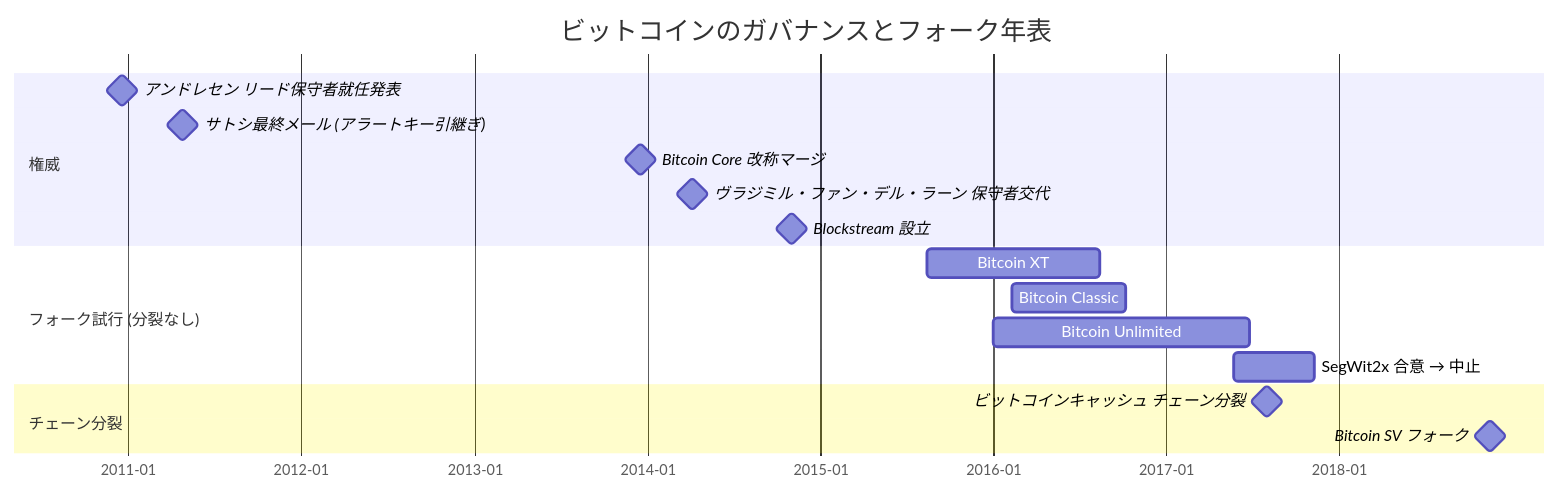
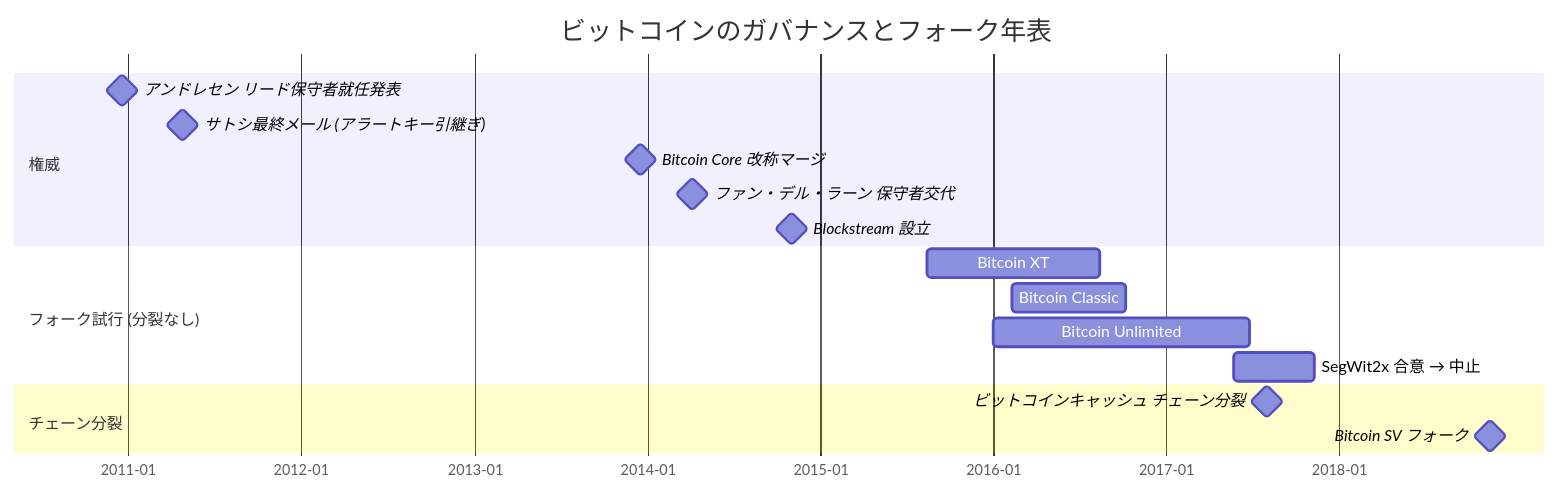
The first of 2 diagrams in src/data/translations/ja/analysis/2015-08-15-bitcoin-fork-wars-as-not-oss.md (cypher256/BitcoinArchive), drawn with Mermaid before and after one commit. The commit also changed other lines of this file and 1 other file, not shown here.

Commit message:
mermaid JA wrap: shorten 3 over-12-zenkaku labels in f94f866c diagrams
The new mermaid diagrams added in f94f866c contain three JA labels that
exceed the 12-zenkaku wrap threshold. check-mermaid-ja-wrap.mjs flags
them; the wrap fails differently per diagram type, so the fix differs
per case:

- overflow gantt task "不正トランザクションのブロードキャスト" (19) ->
  "不正TX ブロードキャスト" (token: 不正TX / ブロードキャスト).
  Gantt task names cannot host <br/>; ASCII-space token break is the
  only mermaid-honored wrap mechanism.
- fork-wars gantt task "ヴラジミル・ファン・デル・ラーン 保守者交代"
  shortened to "ファン・デル・ラーン 保守者交代" — surname-only matches
  the existing convention in the same diagram (アンドレセン / サトシ).
- fork-wars flowchart label "稼働中のチェーン、ノード、" — split with
  <br/> across three lines (稼働中のチェーン / ノード、マイナー /
  取引所、保有者), each under the threshold.

Restores npm run check to green.

````diff
--- a/src/data/translations/ja/analysis/2015-08-15-bitcoin-fork-wars-as-not-oss.md
+++ b/src/data/translations/ja/analysis/2015-08-15-bitcoin-fork-wars-as-not-oss.md
@@ -72,23 +72,23 @@
 ```mermaid
 gantt
     title ビットコインのガバナンスとフォーク年表
     dateFormat YYYY-MM-DD
     axisFormat %Y-%m
 
     section 権威
     アンドレセン リード保守者就任発表 :milestone, 2010-12-19, 0d
     サトシ最終メール (アラートキー引継ぎ) :milestone, 2011-04-26, 0d
     Bitcoin Core 改称マージ :milestone, 2013-12-16, 0d
-    ヴラジミル・ファン・デル・ラーン 保守者交代 :milestone, 2014-04-07, 0d
+    ファン・デル・ラーン 保守者交代 :milestone, 2014-04-07, 0d
     Blockstream 設立 :milestone, 2014-11-01, 0d
 
     section フォーク試行 (分裂なし)
     Bitcoin XT :2015-08-15, 365d
     Bitcoin Classic :2016-02-10, 240d
     Bitcoin Unlimited :2016-01-01, 540d
     SegWit2x 合意 → 中止 :2017-05-23, 169d
 
     section チェーン分裂
     ビットコインキャッシュ チェーン分裂 :milestone, 2017-08-01, 0d
     Bitcoin SV フォーク :milestone, 2018-11-15, 0d
 ```
````
